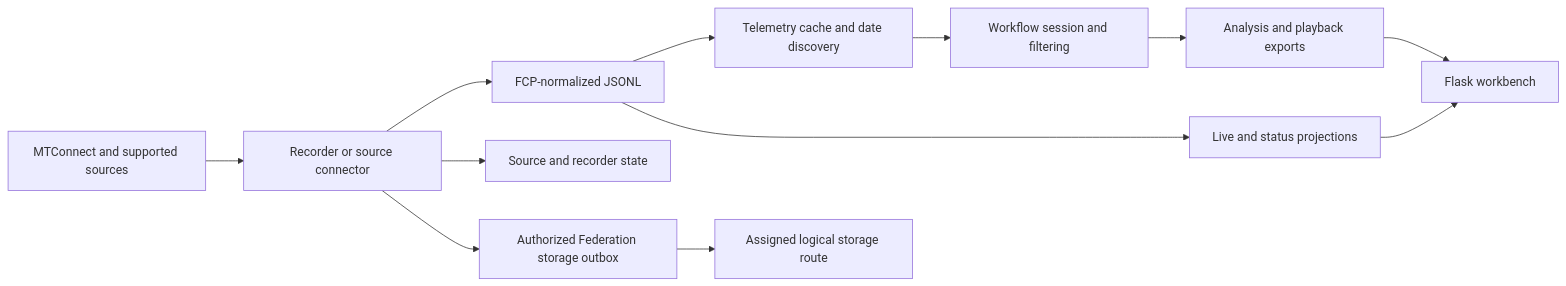
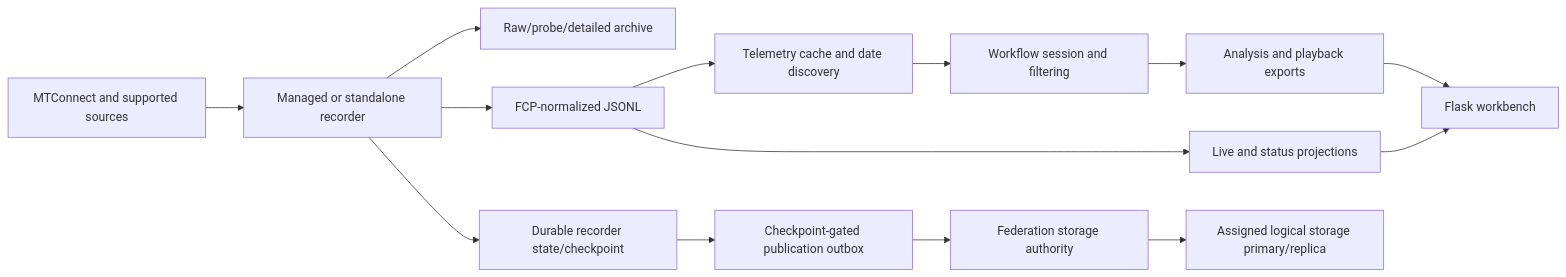
One commit to Nettking/msh changed the diagram in docs/architecture.md. Above: the diagram before and after it, drawn with Mermaid. The commit also changed other lines of this file, not shown here.

Commit message:
Document current distributed control architecture

````diff
--- a/docs/architecture.md
+++ b/docs/architecture.md
@@ -145,14 +159,16 @@
 ```mermaid
 flowchart LR
-    S[MTConnect and supported sources] --> R[Recorder or source connector]
+    S[MTConnect and supported sources] --> R[Managed or standalone recorder]
+    R --> RAW[Raw/probe/detailed archive]
     R --> J[FCP-normalized JSONL]
-    R --> W[Source and recorder state]
+    R --> W[Durable recorder state/checkpoint]
     J --> C[Telemetry cache and date discovery]
     C --> F[Workflow session and filtering]
     F --> A[Analysis and playback exports]
     J --> L[Live and status projections]
     A --> U[Flask workbench]
     L --> U
-    R --> O[Authorized Federation storage outbox]
-    O --> P[Assigned logical storage route]
+    W --> O[Checkpoint-gated publication outbox]
+    O --> SA[Federation storage authority]
+    SA --> P[Assigned logical storage primary/replica]
 ```
````
